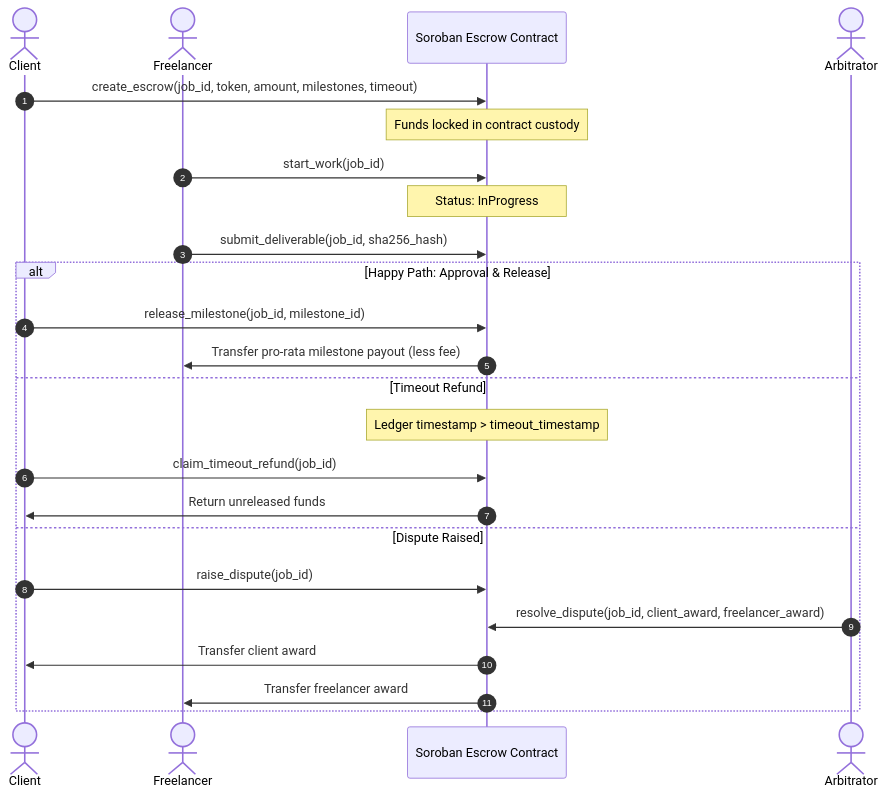
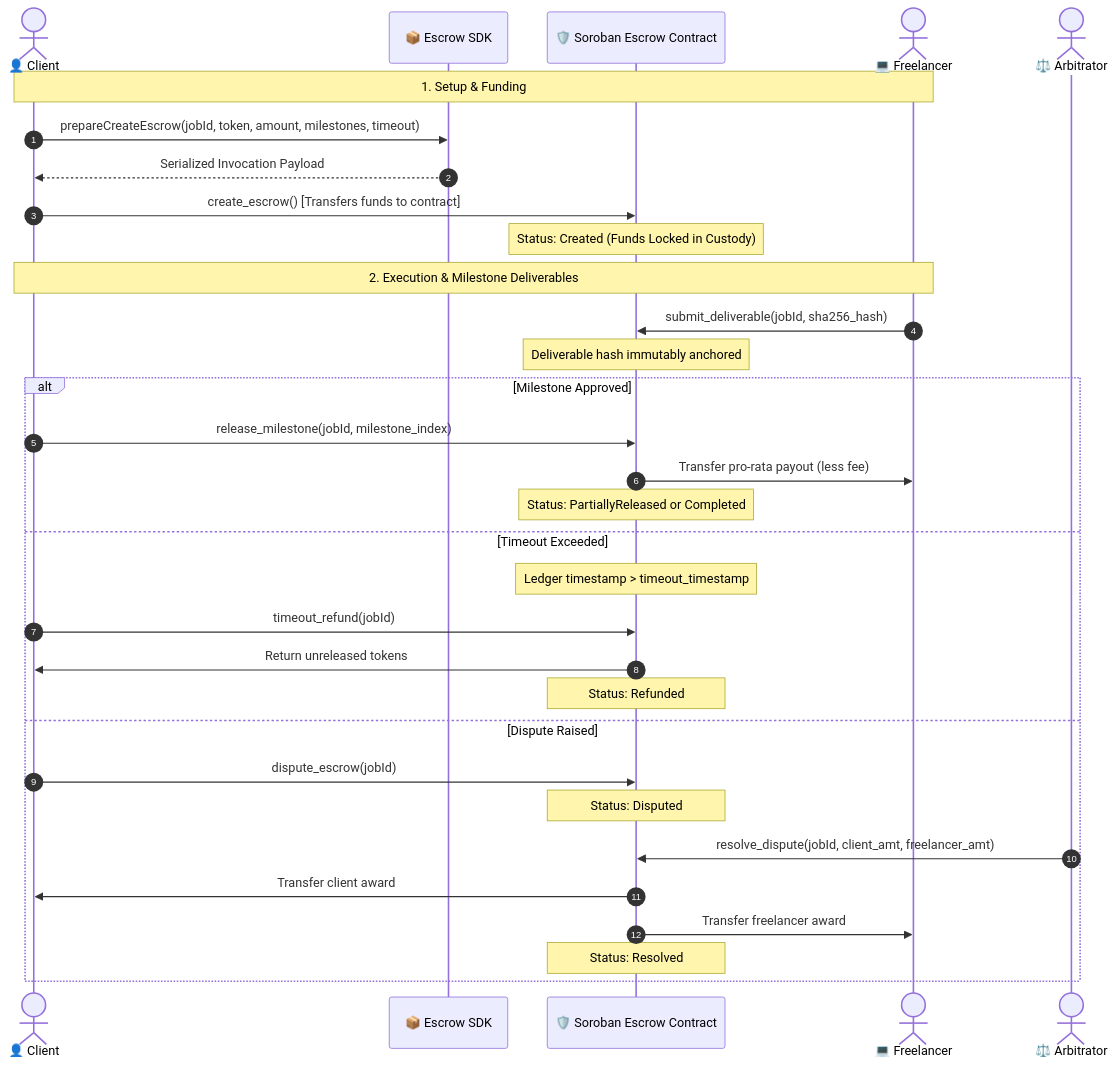
One commit to Stellar-PurplePay/soroban-escrow-sdk changed the diagram in README.md. Above: the diagram before and after it, drawn with Mermaid. The commit also changed other lines of this file and 4 other files, not shown here.

Commit message:
docs: upgrade README with architecture, deployed addresses, changelog, and governance docs

````diff
--- a/README.md
+++ b/README.md
@@ -43,30 +51,37 @@
 ```mermaid
 sequenceDiagram
     autonumber
-    actor Client
-    actor Freelancer
-    participant Contract as Soroban Escrow Contract
-    actor Arbitrator
+    actor Client as 👤 Client
+    participant SDK as 📦 Escrow SDK
+    participant Contract as 🛡️ Soroban Escrow Contract
+    actor Freelancer as 💻 Freelancer
+    actor Arbitrator as ⚖️ Arbitrator
 
-    Client->>Contract: create_escrow(job_id, token, amount, milestones, timeout)
-    Note over Contract: Funds locked in contract custody
+    Note over Client,Freelancer: 1. Setup & Funding
+    Client->>SDK: prepareCreateEscrow(jobId, token, amount, milestones, timeout)
+    SDK-->>Client: Serialized Invocation Payload
+    Client->>Contract: create_escrow() [Transfers funds to contract]
+    Note over Contract: Status: Created (Funds Locked in Custody)
 
-    Freelancer->>Contract: start_work(job_id)
-    Note over Contract: Status: InProgress
+    Note over Client,Freelancer: 2. Execution & Milestone Deliverables
+    Freelancer->>Contract: submit_deliverable(jobId, sha256_hash)
+    Note over Contract: Deliverable hash immutably anchored
 
-    Freelancer->>Contract: submit_deliverable(job_id, sha256_hash)
-
-    alt Happy Path: Approval & Release
-        Client->>Contract: release_milestone(job_id, milestone_id)
-        Contract->>Freelancer: Transfer pro-rata milestone payout (less fee)
-    else Timeout Refund
+    alt Milestone Approved
+        Client->>Contract: release_milestone(jobId, milestone_index)
+        Contract->>Freelancer: Transfer pro-rata payout (less fee)
+        Note over Contract: Status: PartiallyReleased or Completed
+    else Timeout Exceeded
         Note over Contract: Ledger timestamp > timeout_timestamp
-        Client->>Contract: claim_timeout_refund(job_id)
-        Contract->>Client: Return unreleased funds
+        Client->>Contract: timeout_refund(jobId)
+        Contract->>Client: Return unreleased tokens
+        Note over Contract: Status: Refunded
     else Dispute Raised
-        Client->>Contract: raise_dispute(job_id)
-        Arbitrator->>Contract: resolve_dispute(job_id, client_award, freelancer_award)
+        Client->>Contract: dispute_escrow(jobId)
+        Note over Contract: Status: Disputed
+        Arbitrator->>Contract: resolve_dispute(jobId, client_amt, freelancer_amt)
         Contract->>Client: Transfer client award
         Contract->>Freelancer: Transfer freelancer award
+        Note over Contract: Status: Resolved
     end
 ```
````
